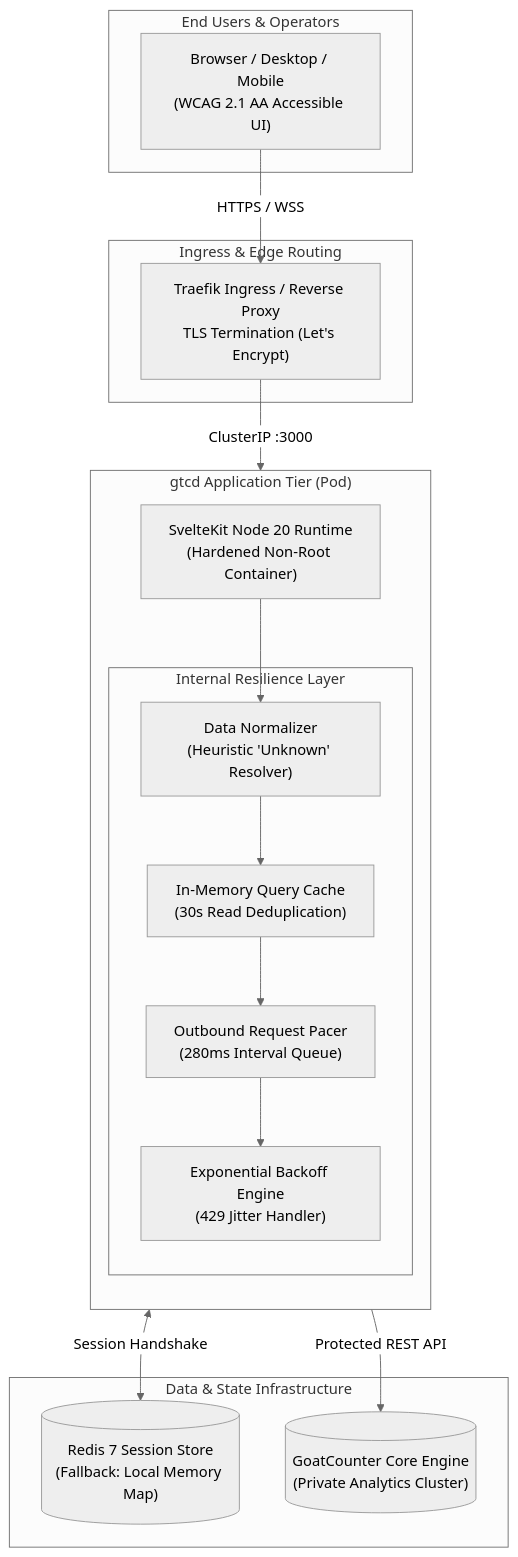
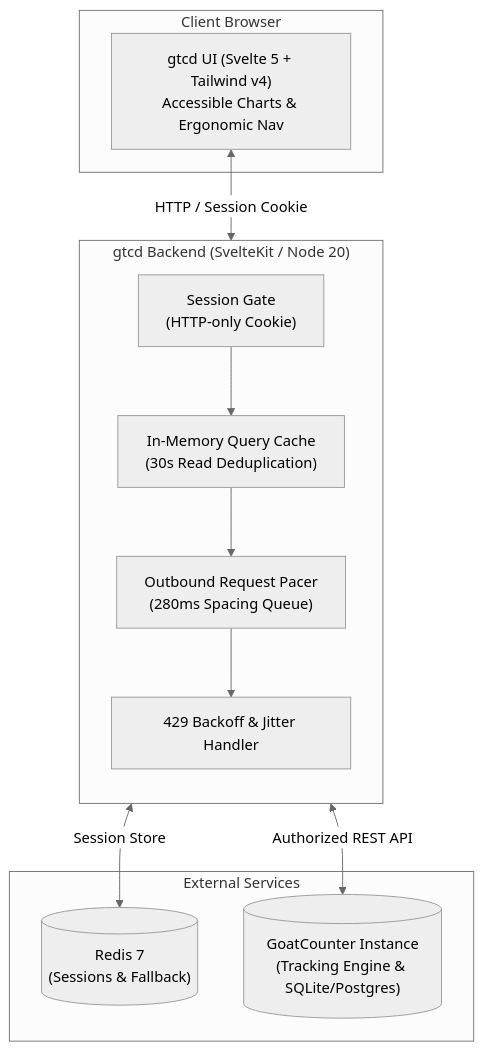
Before and after one commit to haikelz/gtcd: the diagram in README.md, drawn with Mermaid (neutral theme). The commit also changed other lines of this file, not shown here.

Commit message:
docs(readme): ground README in open-source perspective as custom GoatCounter dashboard

````diff
--- a/README.md
+++ b/README.md
@@ -33,36 +35,26 @@
 ```mermaid
 flowchart TD
-    subgraph Users["End Users & Operators"]
-        Client["Browser / Desktop / Mobile<br/>(WCAG 2.1 AA Accessible UI)"]
+    subgraph Client["Client Browser"]
+        UI["gtcd UI (Svelte 5 + Tailwind v4)<br/>Accessible Charts & Ergonomic Nav"]
     end
 
-    subgraph Edge["Ingress & Edge Routing"]
-        Ingress["Traefik Ingress / Reverse Proxy<br/>TLS Termination (Let's Encrypt)"]
+    subgraph Backend["gtcd Backend (SvelteKit / Node 20)"]
+        direction TB
+        Auth["Session Gate<br/>(HTTP-only Cookie)"]
+        Cache["In-Memory Query Cache<br/>(30s Read Deduplication)"]
+        Pacer["Outbound Request Pacer<br/>(280ms Spacing Queue)"]
+        Backoff["429 Backoff & Jitter Handler"]
     end
 
-    subgraph AppCluster["gtcd Application Tier (Pod)"]
-        direction TB
-        SSR["SvelteKit Node 20 Runtime<br/>(Hardened Non-Root Container)"]
-        
-        subgraph CoreEngine["Internal Resilience Layer"]
-            Pacer["Outbound Request Pacer<br/>(280ms Interval Queue)"]
-            Cache["In-Memory Query Cache<br/>(30s Read Deduplication)"]
-            Backoff["Exponential Backoff Engine<br/>(429 Jitter Handler)"]
-            Normalizer["Data Normalizer<br/>(Heuristic 'Unknown' Resolver)"]
-        end
+    subgraph Storage["External Services"]
+        Redis[("Redis 7<br/>(Sessions & Fallback)")]
+        GC[("GoatCounter Instance<br/>(Tracking Engine & SQLite/Postgres)")]
     end
 
-    subgraph DataTier["Data & State Infrastructure"]
-        Redis[("Redis 7 Session Store<br/>(Fallback: Local Memory Map)")]
-        GoatCounter[("GoatCounter Core Engine<br/>(Private Analytics Cluster)")]
-    end
-
-    Client -->|HTTPS / WSS| Ingress
-    Ingress -->|ClusterIP :3000| SSR
-    SSR <-->|Session Handshake| Redis
-    SSR --> Normalizer
-    Normalizer --> Cache
+    UI <-->|HTTP / Session Cookie| Auth
+    Auth <-->|Session Store| Redis
+    Auth --> Cache
     Cache --> Pacer
     Pacer --> Backoff
-    Backoff -->|Protected REST API| GoatCounter
+    Backoff <-->|Authorized REST API| GC
 ```
````
